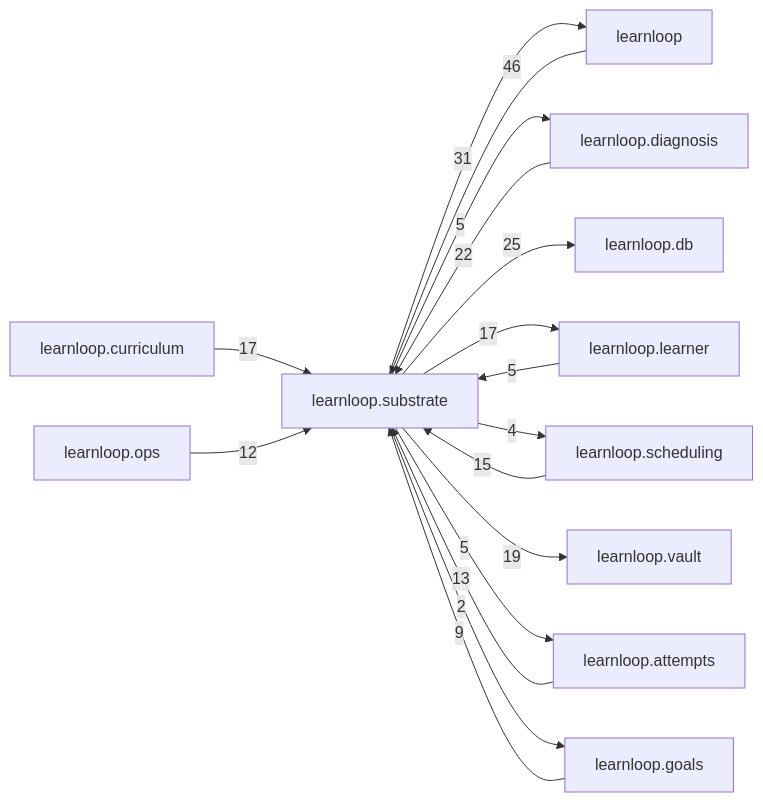
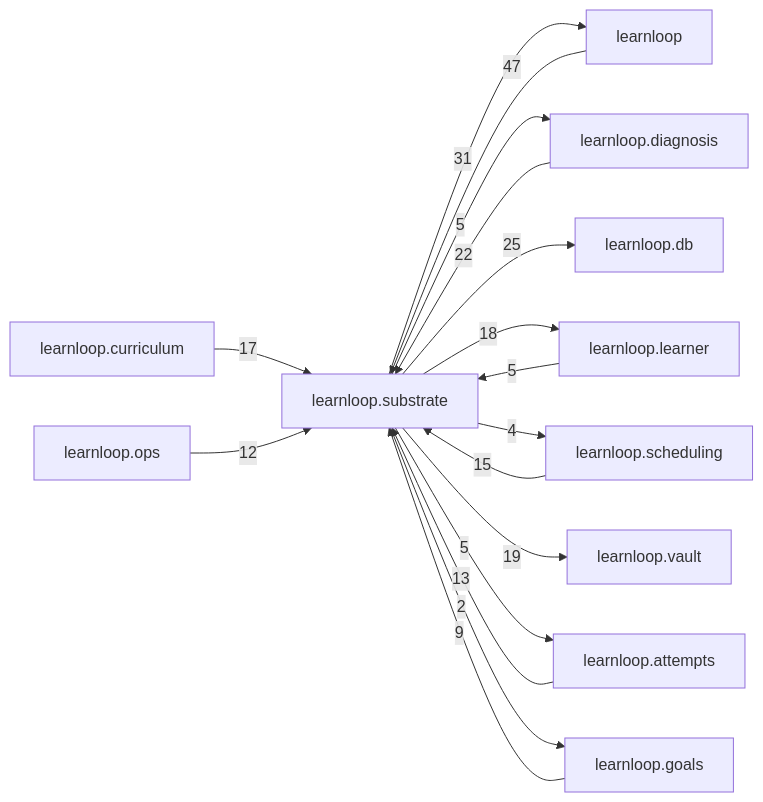
One commit to 6up-b/learnanything changed the diagram in docs/learnloop-architecture-vault/Reference/Modules/learnloop/substrate/_package.md. Above: the diagram before and after it, drawn with Mermaid. The commit also changed other lines of this file and 130 other files, not shown here.

````diff
--- a/docs/learnloop-architecture-vault/Reference/Modules/learnloop/substrate/_package.md
+++ b/docs/learnloop-architecture-vault/Reference/Modules/learnloop/substrate/_package.md
@@ -163,30 +163,30 @@
 ```mermaid
 flowchart LR
     center["learnloop.substrate"]
     n_learnloop["learnloop"]
     n_learnloop_diagnosis["learnloop.diagnosis"]
     n_learnloop_db["learnloop.db"]
     n_learnloop_learner["learnloop.learner"]
     n_learnloop_scheduling["learnloop.scheduling"]
     n_learnloop_vault["learnloop.vault"]
     n_learnloop_attempts["learnloop.attempts"]
     n_learnloop_curriculum["learnloop.curriculum"]
     n_learnloop_ops["learnloop.ops"]
     n_learnloop_goals["learnloop.goals"]
-    n_learnloop -->|46| center
+    n_learnloop -->|47| center
     center -->|31| n_learnloop
     n_learnloop_diagnosis -->|22| center
     center -->|5| n_learnloop_diagnosis
     center -->|25| n_learnloop_db
     n_learnloop_learner -->|5| center
-    center -->|17| n_learnloop_learner
+    center -->|18| n_learnloop_learner
     n_learnloop_scheduling -->|15| center
     center -->|4| n_learnloop_scheduling
     center -->|19| n_learnloop_vault
     n_learnloop_attempts -->|13| center
     center -->|5| n_learnloop_attempts
     n_learnloop_curriculum -->|17| center
     n_learnloop_ops -->|12| center
     n_learnloop_goals -->|9| center
     center -->|2| n_learnloop_goals
 ```
````
